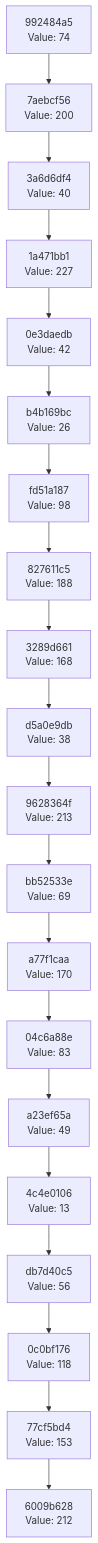
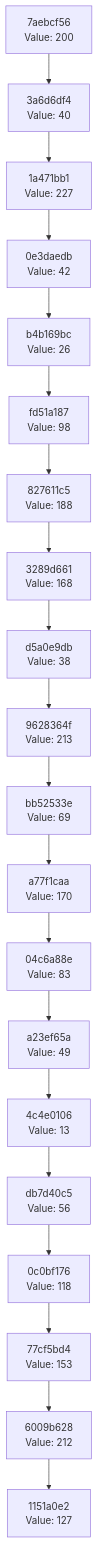
One commit to Abhisheksinha1506/hash-chain-evolver changed the diagram in docs/CHAIN_VISUALIZATION.md. Above: the diagram before and after it, drawn with Mermaid. The commit also changed 2 other files, not shown here.

Commit message:
Evolution Step

````diff
--- a/docs/CHAIN_VISUALIZATION.md
+++ b/docs/CHAIN_VISUALIZATION.md
@@ -3,42 +3,42 @@
 ```mermaid
 graph TD
-    C0["6009b628<br/>Value: 212"]
-    C1["77cf5bd4<br/>Value: 153"]
+    C0["1151a0e2<br/>Value: 127"]
+    C1["6009b628<br/>Value: 212"]
     C1 --> C0
-    C2["0c0bf176<br/>Value: 118"]
+    C2["77cf5bd4<br/>Value: 153"]
     C2 --> C1
-    C3["db7d40c5<br/>Value: 56"]
+    C3["0c0bf176<br/>Value: 118"]
     C3 --> C2
-    C4["4c4e0106<br/>Value: 13"]
+    C4["db7d40c5<br/>Value: 56"]
     C4 --> C3
-    C5["a23ef65a<br/>Value: 49"]
+    C5["4c4e0106<br/>Value: 13"]
     C5 --> C4
-    C6["04c6a88e<br/>Value: 83"]
+    C6["a23ef65a<br/>Value: 49"]
     C6 --> C5
-    C7["a77f1caa<br/>Value: 170"]
+    C7["04c6a88e<br/>Value: 83"]
     C7 --> C6
-    C8["bb52533e<br/>Value: 69"]
+    C8["a77f1caa<br/>Value: 170"]
     C8 --> C7
-    C9["9628364f<br/>Value: 213"]
+    C9["bb52533e<br/>Value: 69"]
     C9 --> C8
-    C10["d5a0e9db<br/>Value: 38"]
+    C10["9628364f<br/>Value: 213"]
     C10 --> C9
-    C11["3289d661<br/>Value: 168"]
+    C11["d5a0e9db<br/>Value: 38"]
     C11 --> C10
-    C12["827611c5<br/>Value: 188"]
+    C12["3289d661<br/>Value: 168"]
     C12 --> C11
-    C13["fd51a187<br/>Value: 98"]
+    C13["827611c5<br/>Value: 188"]
     C13 --> C12
-    C14["b4b169bc<br/>Value: 26"]
+    C14["fd51a187<br/>Value: 98"]
     C14 --> C13
-    C15["0e3daedb<br/>Value: 42"]
+    C15["b4b169bc<br/>Value: 26"]
     C15 --> C14
-    C16["1a471bb1<br/>Value: 227"]
+    C16["0e3daedb<br/>Value: 42"]
     C16 --> C15
-    C17["3a6d6df4<br/>Value: 40"]
+    C17["1a471bb1<br/>Value: 227"]
     C17 --> C16
-    C18["7aebcf56<br/>Value: 200"]
+    C18["3a6d6df4<br/>Value: 40"]
     C18 --> C17
-    C19["992484a5<br/>Value: 74"]
+    C19["7aebcf56<br/>Value: 200"]
     C19 --> C18
 ```
````
